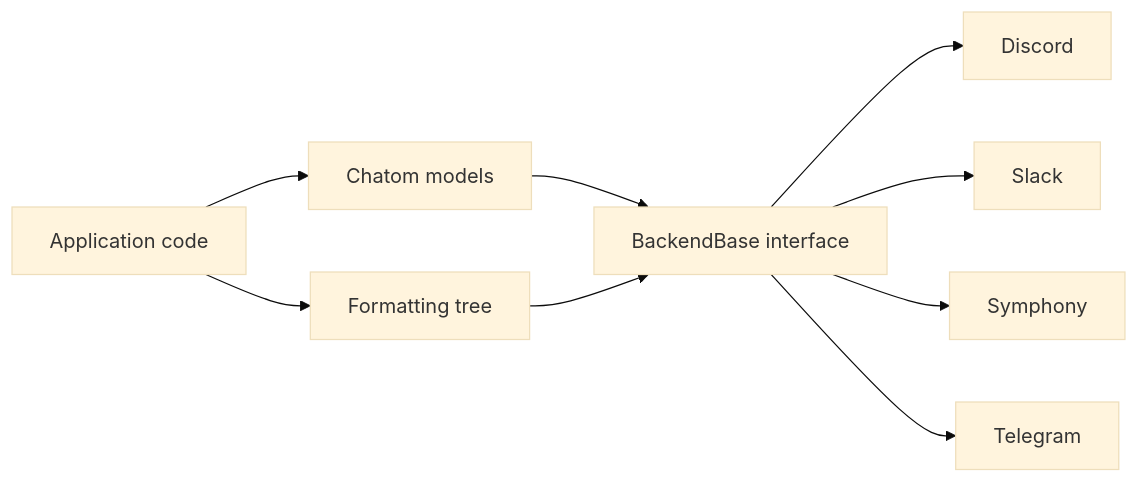
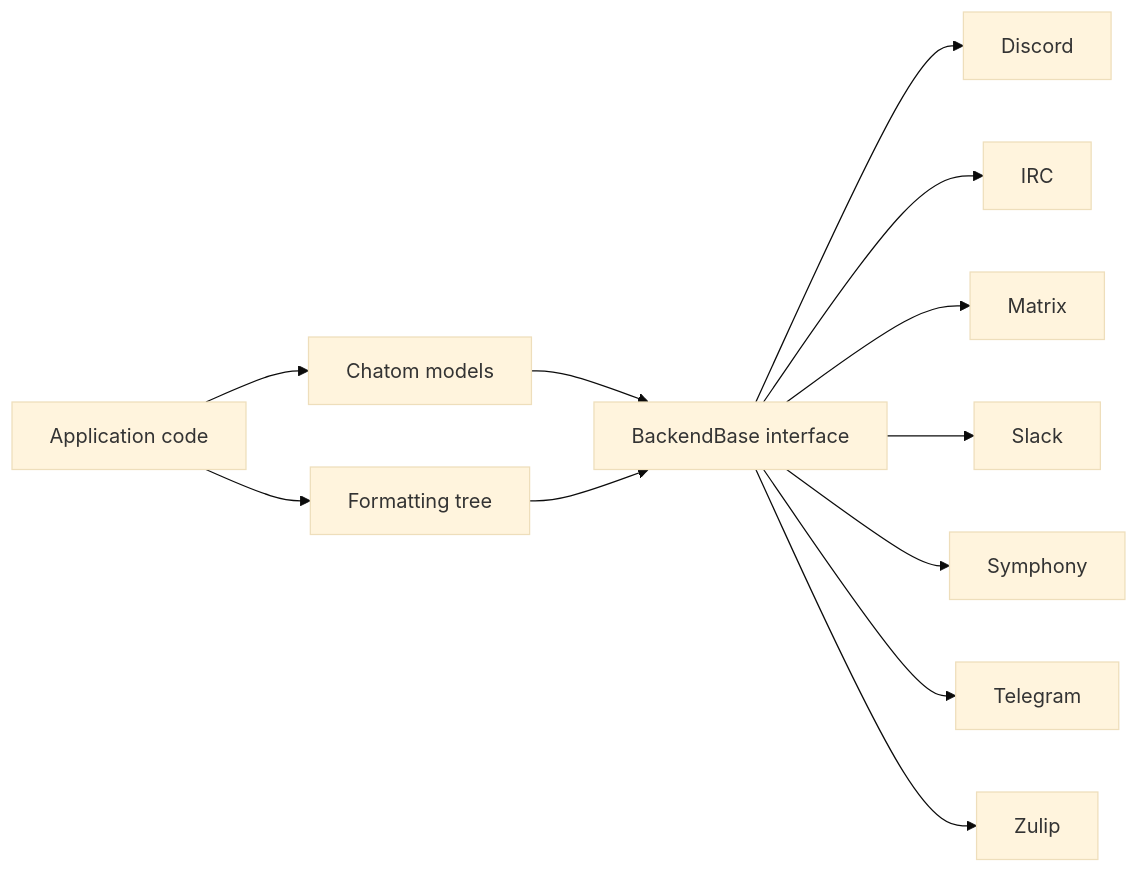
Before and after one commit to 1kbgz/chatom: the diagram in docs/src/concepts.md, drawn with Mermaid (base theme). The commit also changed other lines of this file and 62 other files, not shown here.

First line of the commit message:
Add Zulip, Matrix, and IRC backends

````diff
--- a/docs/src/concepts.md
+++ b/docs/src/concepts.md
@@ -11,11 +11,14 @@
 ```mermaid
 graph LR
     App[Application code] --> Models[Chatom models]
     App --> Format[Formatting tree]
     Models --> Backend[BackendBase interface]
     Format --> Backend
     Backend --> Discord
+    Backend --> IRC
+    Backend --> Matrix
     Backend --> Slack
     Backend --> Symphony
     Backend --> Telegram
+    Backend --> Zulip
 ```
````
